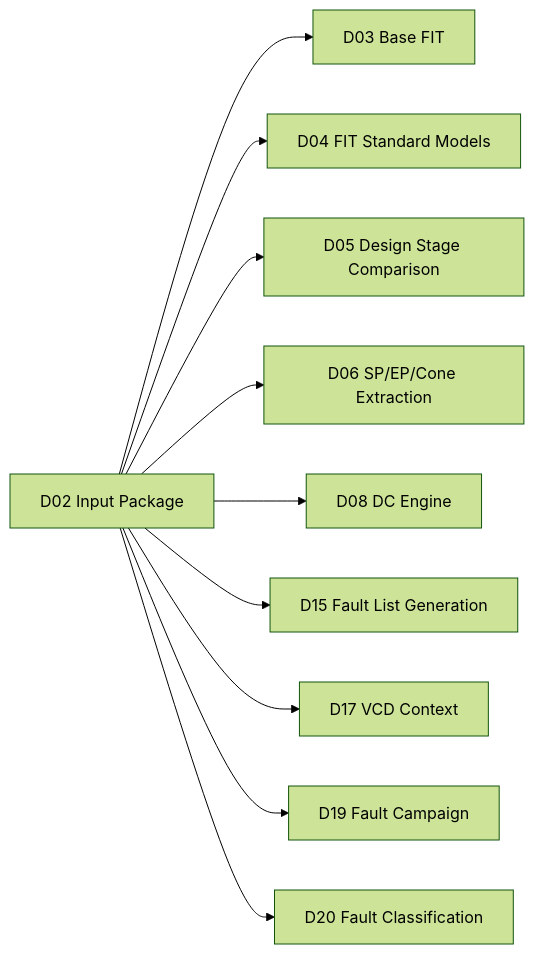
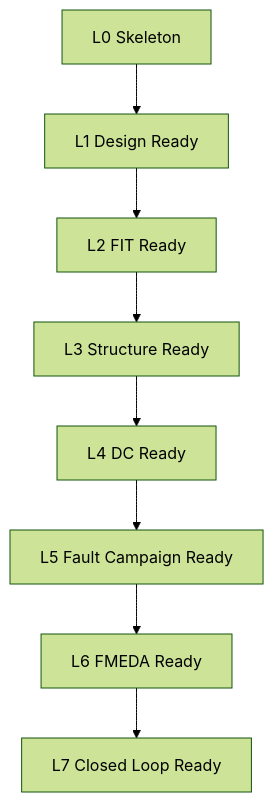
The seventh of 7 diagrams in articles/02_automotive_safeic_practice_d02_github_en_generic.md (qiqixixi1001/automotive-safeic-practice), drawn with Mermaid (forest theme) before and after one commit. The commit also changed other lines of this file, not shown here.

````diff
--- a/articles/02_automotive_safeic_practice_d02_github_en_generic.md
+++ b/articles/02_automotive_safeic_practice_d02_github_en_generic.md
@@ -813,12 +1068,10 @@
 ```mermaid
-flowchart LR
-    A[D02 Input Package] --> B[D03 Base FIT]
-    A --> C[D04 FIT Standard Models]
-    A --> D[D05 Design Stage Comparison]
-    A --> E[D06 SP/EP/Cone Extraction]
-    A --> F[D08 DC Engine]
-    A --> G[D15 Fault List Generation]
-    A --> H[D17 VCD Context]
-    A --> I[D19 Fault Campaign]
-    A --> J[D20 Fault Classification]
+flowchart TD
+    L0[L0 Skeleton] --> L1[L1 Design Ready]
+    L1 --> L2[L2 FIT Ready]
+    L2 --> L3[L3 Structure Ready]
+    L3 --> L4[L4 DC Ready]
+    L4 --> L5[L5 Fault Campaign Ready]
+    L5 --> L6[L6 FMEDA Ready]
+    L6 --> L7[L7 Closed Loop Ready]
 ```
````
